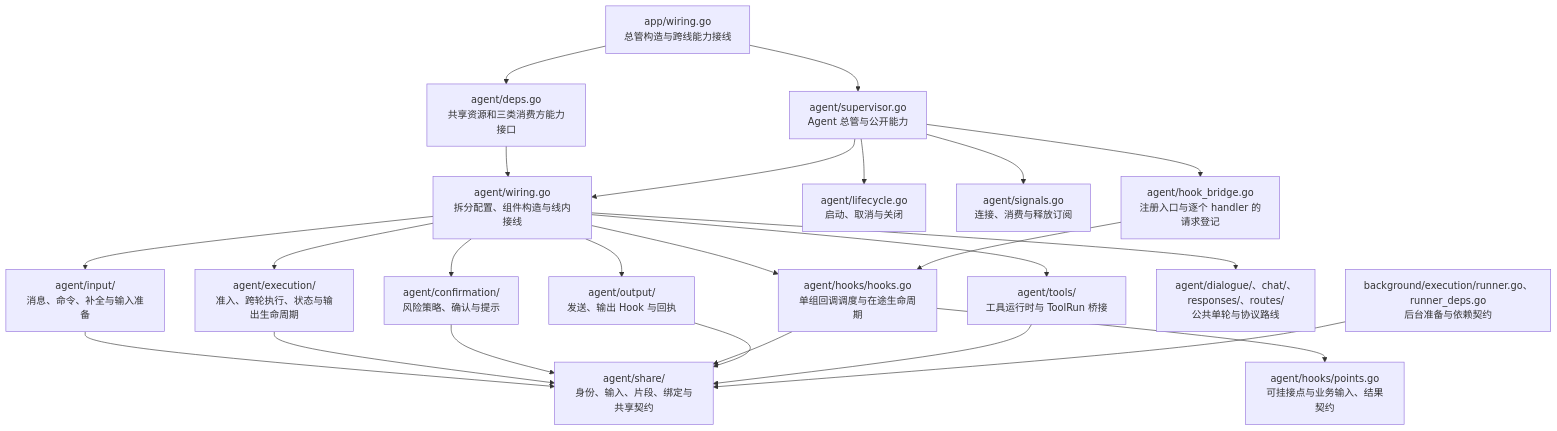
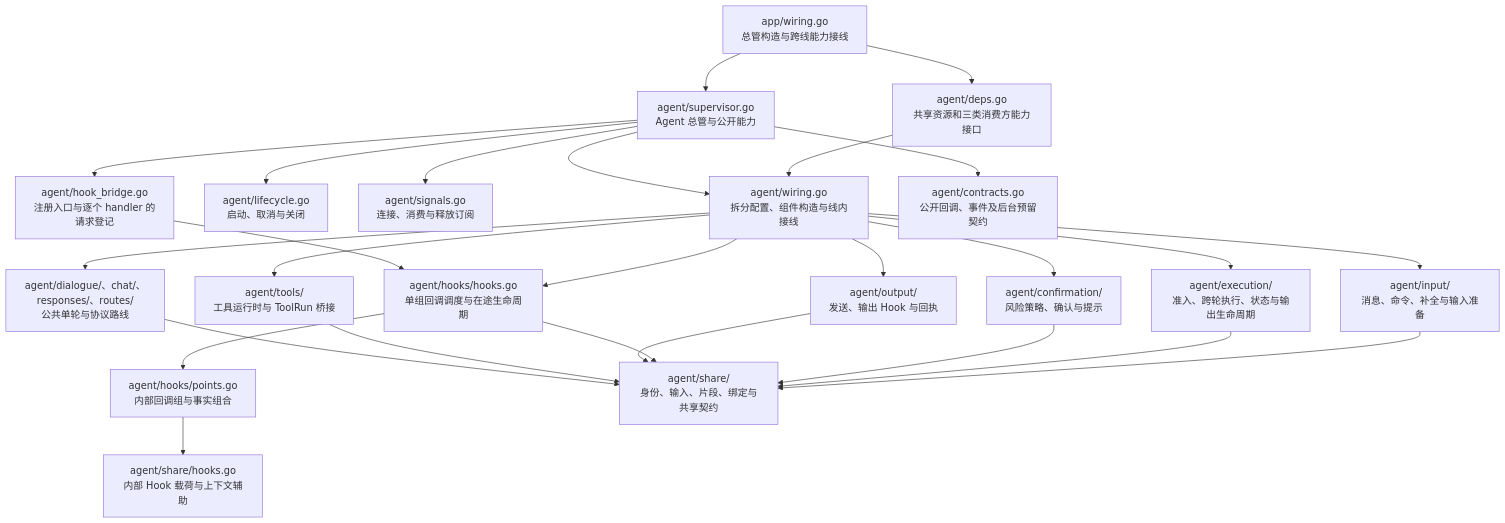
The fourth of 16 diagrams in devdocs/architecture.md (Elflare/elbot), drawn with Mermaid before and after one commit. The commit also changed other lines of this file and 172 other files, not shown here.

````diff
--- a/devdocs/architecture.md
+++ b/devdocs/architecture.md
@@ -163,21 +169,22 @@
 ```mermaid
 flowchart TD
     A["app/wiring.go<br/>总管构造与跨线能力接线"] --> S["agent/supervisor.go<br/>Agent 总管与公开能力"]
     A --> DEP["agent/deps.go<br/>共享资源和三类消费方能力接口"]
     DEP --> W
     S --> W["agent/wiring.go<br/>拆分配置、组件构造与线内接线"]
     S --> L["agent/lifecycle.go<br/>启动、取消与关闭"]
     S --> G["agent/signals.go<br/>连接、消费与释放订阅"]
     W --> I["agent/input/<br/>消息、命令、补全与输入准备"]
     W --> E["agent/execution/<br/>准入、跨轮执行、状态与输出生命周期"]
     W --> C["agent/confirmation/<br/>风险策略、确认与提示"]
     W --> H["agent/hooks/hooks.go<br/>单组回调调度与在途生命周期"]
     S --> HB["agent/hook_bridge.go<br/>注册入口与逐个 handler 的请求登记"]
     HB --> H
-    H --> HP["agent/hooks/points.go<br/>可挂接点与业务输入、结果契约"]
+    H --> HP["agent/hooks/points.go<br/>内部回调组与事实组合"]
+    HP --> SH["agent/share/hooks.go<br/>内部 Hook 载荷与上下文辅助"]
+    S --> CT["agent/contracts.go<br/>公开回调、事件及后台预留契约"]
     W --> O["agent/output/<br/>发送、输出 Hook 与回执"]
     W --> T["agent/tools/<br/>工具运行时与 ToolRun 桥接"]
     W --> D["agent/dialogue/、chat/、responses/、routes/<br/>公共单轮与协议路线"]
-    I & E & C & H & O & T --> R["agent/share/<br/>身份、输入、片段、绑定与共享契约"]
-    B["background/execution/runner.go、runner_deps.go<br/>后台准备与依赖契约"] --> R
+    I & E & C & H & O & T & D --> R["agent/share/<br/>身份、输入、片段、绑定与共享契约"]
 ```
````
